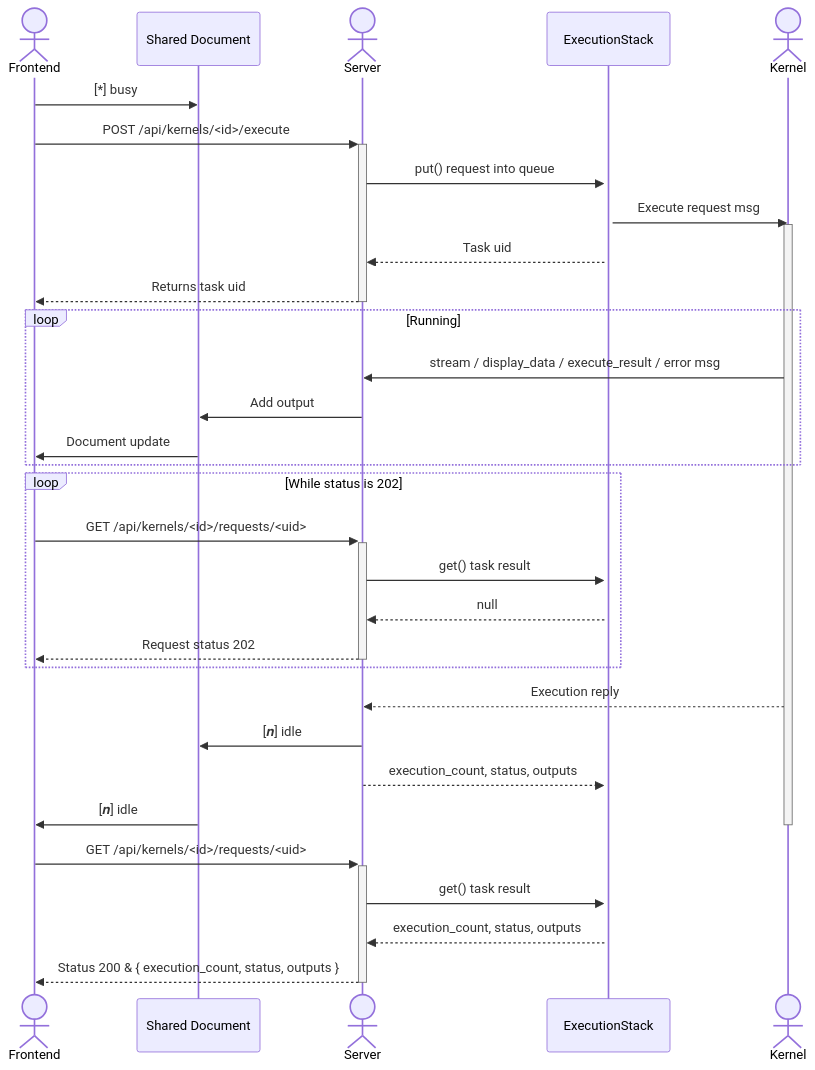
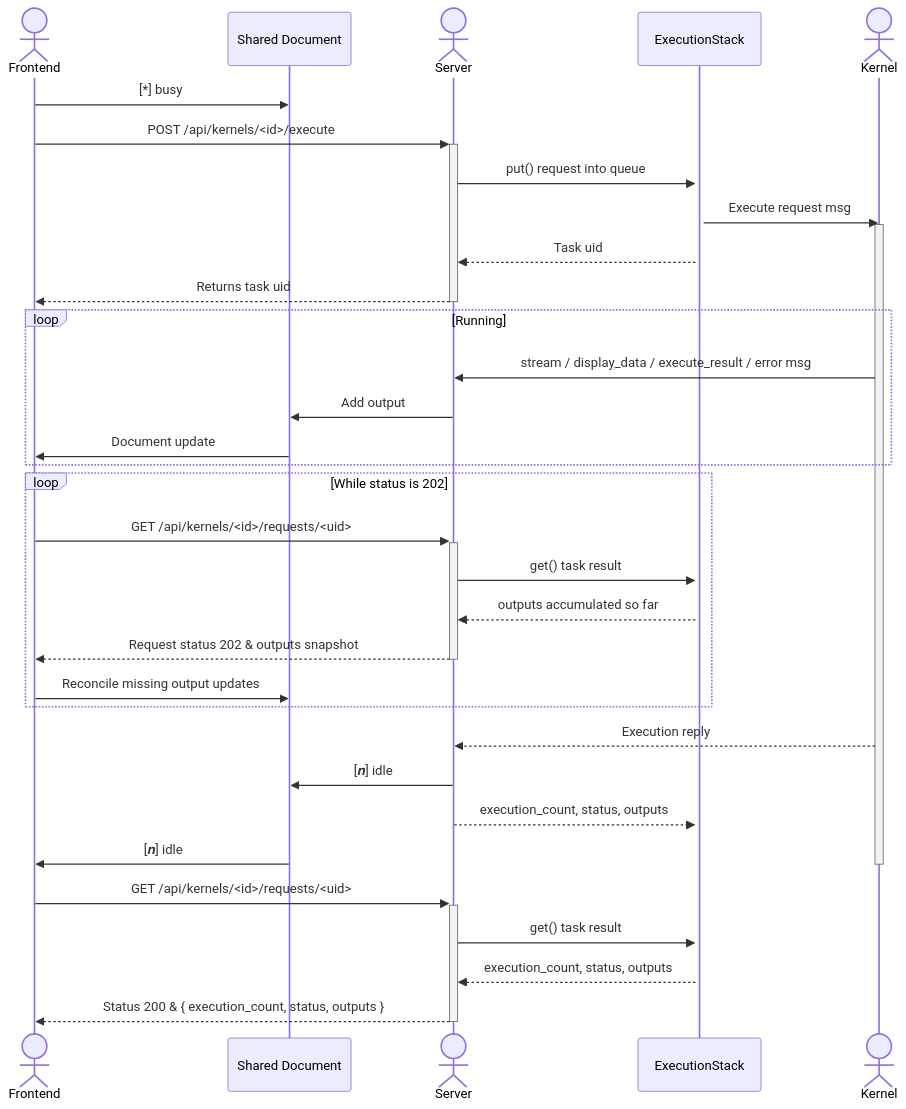
Before and after one commit to datalayer/jupyter-server-nbmodel: the first of 2 diagrams in README.md, drawn with Mermaid. The commit also changed other lines of this file and 14 other files, not shown here.

````diff
--- a/README.md
+++ b/README.md
@@ -82,31 +286,32 @@
 ```mermaid
 sequenceDiagram
     actor Frontend; participant Shared Document; actor Server; participant ExecutionStack; actor Kernel
     Frontend->>Shared Document: [*] busy
     Frontend->>+Server: POST /api/kernels/<id>/execute
     Server->>+ExecutionStack: put() request into queue
     ExecutionStack->>Kernel: Execute request msg
     activate Kernel
     ExecutionStack-->>Server: Task uid
     Server-->>-Frontend: Returns task uid
     loop Running
         Kernel->>Server: stream / display_data / execute_result / error msg
         Server->>Shared Document: Add output
         Shared Document->>Frontend: Document update
     end
     loop While status is 202
         Frontend->>+Server: GET /api/kernels/<id>/requests/<uid>
         Server->>ExecutionStack: get() task result
-        ExecutionStack-->>Server: null
-        Server-->>-Frontend: Request status 202
+        ExecutionStack-->>Server: outputs accumulated so far
+        Server-->>-Frontend: Request status 202 & outputs snapshot
+        Frontend->>Shared Document: Reconcile missing output updates
     end
     Kernel-->>Server: Execution reply
     Server->>Shared Document: [𝒏] idle
     Server-->>ExecutionStack: execution_count, status, outputs
     Shared Document->>Frontend: [𝒏] idle
     deactivate Kernel
     Frontend->>+Server: GET /api/kernels/<id>/requests/<uid>
     Server->>ExecutionStack: get() task result
     ExecutionStack-->>Server: execution_count, status, outputs
     Server-->>-Frontend: Status 200 & { execution_count, status, outputs }
 ```
````
